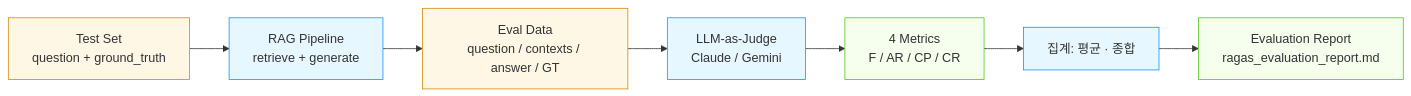
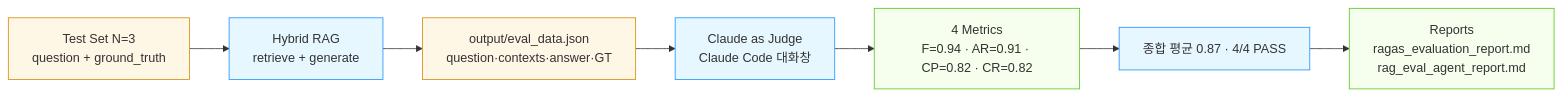
One commit to trotoys/RAGproject changed the fourth of 5 diagrams in ARCHITECTURE.md. Above: the diagram before and after it, drawn with Mermaid. The commit also changed other lines of this file and 9 other files, not shown here.

````diff
--- a/ARCHITECTURE.md
+++ b/ARCHITECTURE.md
@@ -139,17 +158,17 @@
 ```mermaid
 flowchart LR
-    TS[Test Set<br/>question + ground_truth] --> RAG[RAG Pipeline<br/>retrieve + generate]
-    RAG --> DATA[Eval Data<br/>question / contexts / answer / GT]
-    DATA --> JUDGE[LLM-as-Judge<br/>Claude / Gemini]
-    JUDGE --> SCORE[4 Metrics<br/>F / AR / CP / CR]
-    SCORE --> AGG[집계: 평균 · 종합]
-    AGG --> RPT[Evaluation Report<br/>ragas_evaluation_report.md]
+    TS[Test Set N=3<br/>question + ground_truth] --> RAG[Hybrid RAG<br/>retrieve + generate]
+    RAG --> DATA[output/eval_data.json<br/>question·contexts·answer·GT]
+    DATA --> JUDGE[Claude as Judge<br/>Claude Code 대화창]
+    JUDGE --> SCORE[4 Metrics<br/>F=0.94 · AR=0.91 · CP=0.82 · CR=0.82]
+    SCORE --> AGG[종합 평균 0.87 · 4/4 PASS]
+    AGG --> RPT[Reports<br/>ragas_evaluation_report.md<br/>rag_eval_agent_report.md]
 
     classDef data fill:#fff7e6,stroke:#d48806
     classDef proc fill:#e6f7ff,stroke:#1890ff
     classDef out fill:#f6ffed,stroke:#52c41a
 
     class TS,DATA data
     class RAG,JUDGE,AGG proc
     class SCORE,RPT out
 ```
````
